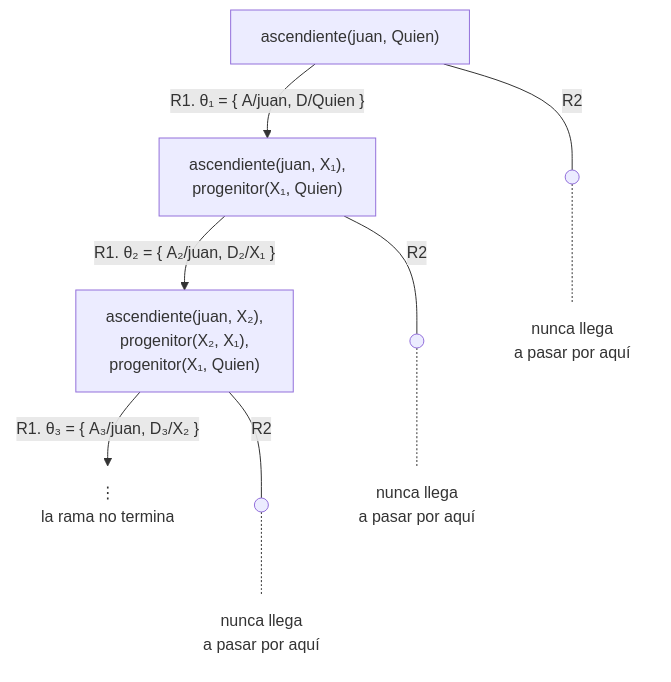
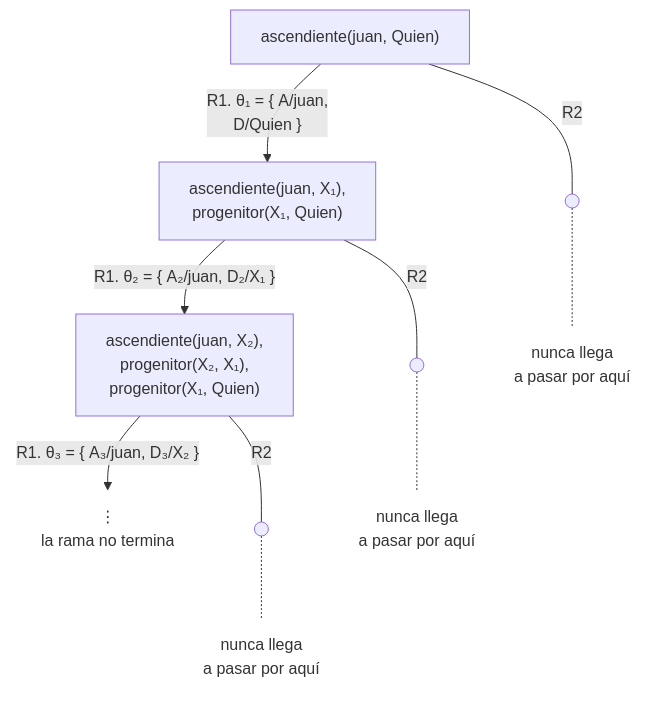
The fifth of 6 diagrams in docs/capitulo-13-prolog-y-la-logica/soluciones.md (CesarBallardini/curso-de-prolog), drawn with Mermaid before and after one commit. The commit also changed other lines of this file and 24 other files, not shown here.

First line of the commit message:
feat(docs): botones para ocultar las columnas laterales y etiquetas cortas en los diagramas

````diff
--- a/docs/capitulo-13-prolog-y-la-logica/soluciones.md
+++ b/docs/capitulo-13-prolog-y-la-logica/soluciones.md
@@ -787,11 +787,11 @@
 ```mermaid
 flowchart TD
-    A["ascendiente(juan, Quien)"] -- "R1. θ₁ = {&nbsp;A/juan, D/Quien&nbsp;}" --> B["ascendiente(juan, X₁),<br/>progenitor(X₁, Quien)"]
+    A["ascendiente(juan, Quien)"] -- "R1. θ₁ = {&nbsp;A/juan,<br/>D/Quien&nbsp;}" --> B["ascendiente(juan, X₁),<br/>progenitor(X₁, Quien)"]
     B -- "R1. θ₂ = {&nbsp;A₂/juan, D₂/X₁&nbsp;}" --> C["ascendiente(juan, X₂),<br/>progenitor(X₂, X₁),<br/>progenitor(X₁, Quien)"]
     C -- "R1. θ₃ = {&nbsp;A₃/juan, D₃/X₂&nbsp;}" --> D["⋮<br/>la rama no termina"]
     A -- "R2" --- pA@{ shape: sm-circ } -.- nA["nunca llega<br/>a pasar por aquí"]
     B -- "R2" --- pB@{ shape: sm-circ } -.- nB["nunca llega<br/>a pasar por aquí"]
     C -- "R2" --- pC@{ shape: sm-circ } -.- nC["nunca llega<br/>a pasar por aquí"]
     classDef abierto fill:none,stroke:none;
     class D,nA,nB,nC abierto;
 ```
````
